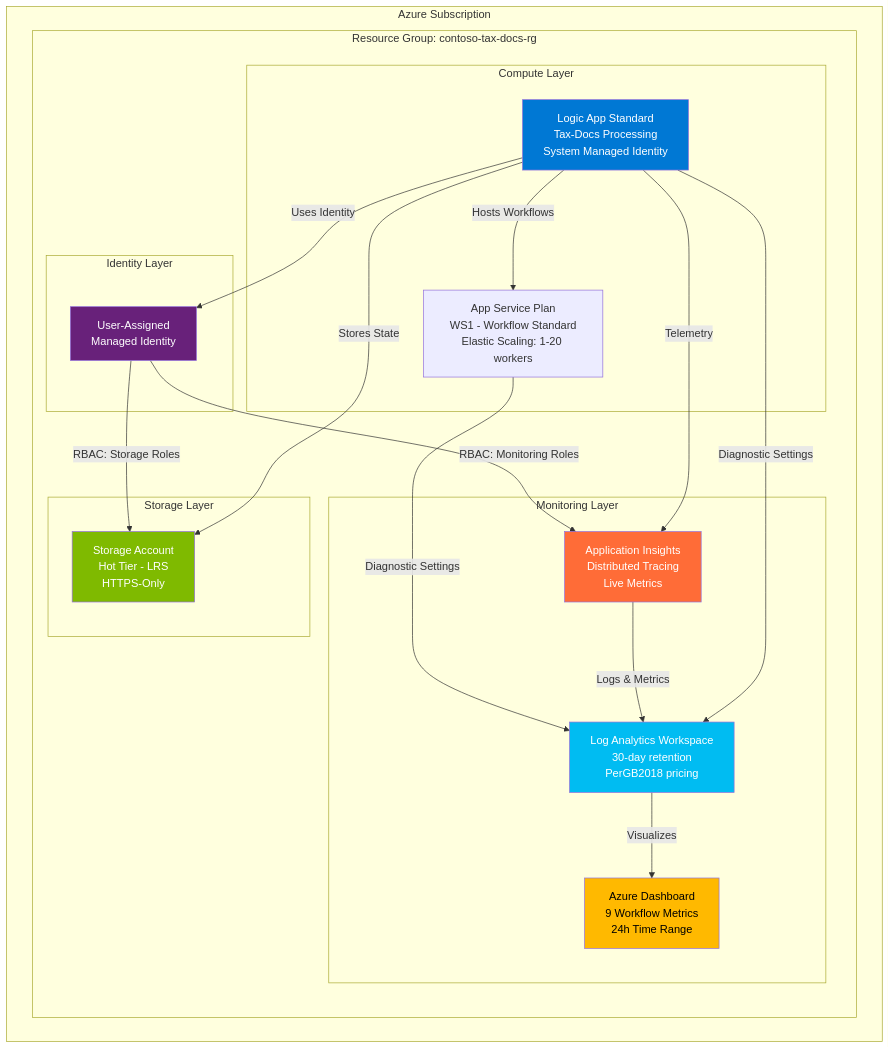
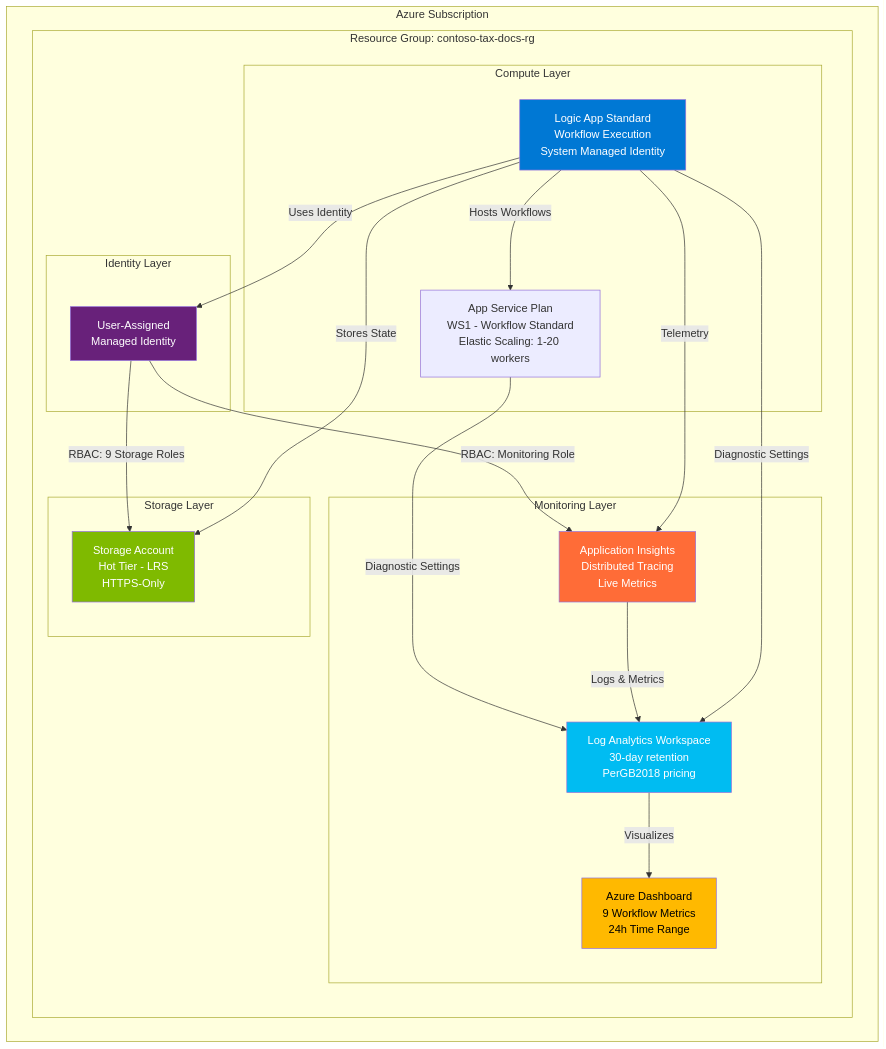
The diagram in README.md (Evilazaro/Azure-LogicApps-Monitoring), drawn with Mermaid before and after one commit. The commit also changed other lines of this file, not shown here.

````diff
--- a/README.md
+++ b/README.md
@@ -72,43 +87,43 @@
 ```mermaid
 graph TB
     subgraph "Azure Subscription"
         subgraph "Resource Group: contoso-tax-docs-rg"
             subgraph "Compute Layer"
                 ASP[App Service Plan<br/>WS1 - Workflow Standard<br/>Elastic Scaling: 1-20 workers]
-                LA[Logic App Standard<br/>Tax-Docs Processing<br/>System Managed Identity]
+                LA[Logic App Standard<br/>Workflow Execution<br/>System Managed Identity]
             end
             
             subgraph "Storage Layer"
                 SA[Storage Account<br/>Hot Tier - LRS<br/>HTTPS-Only]
             end
             
             subgraph "Monitoring Layer"
                 LAW[Log Analytics Workspace<br/>30-day retention<br/>PerGB2018 pricing]
                 AI[Application Insights<br/>Distributed Tracing<br/>Live Metrics]
                 DASH[Azure Dashboard<br/>9 Workflow Metrics<br/>24h Time Range]
             end
             
             subgraph "Identity Layer"
                 UMI[User-Assigned<br/>Managed Identity]
             end
         end
     end
     
     LA -->|Hosts Workflows| ASP
     LA -->|Stores State| SA
     LA -->|Diagnostic Settings| LAW
     LA -->|Telemetry| AI
     AI -->|Logs & Metrics| LAW
     ASP -->|Diagnostic Settings| LAW
     LAW -->|Visualizes| DASH
-    UMI -->|RBAC: Storage Roles| SA
-    UMI -->|RBAC: Monitoring Roles| AI
+    UMI -->|RBAC: 9 Storage Roles| SA
+    UMI -->|RBAC: Monitoring Role| AI
     LA -->|Uses Identity| UMI
     
     style LA fill:#0078D4,color:#fff
     style AI fill:#FF6C37,color:#fff
     style LAW fill:#00BCF2,color:#fff
     style SA fill:#7FBA00,color:#fff
     style DASH fill:#FFB900,color:#000
     style UMI fill:#68217A,color:#fff
 ```
````
